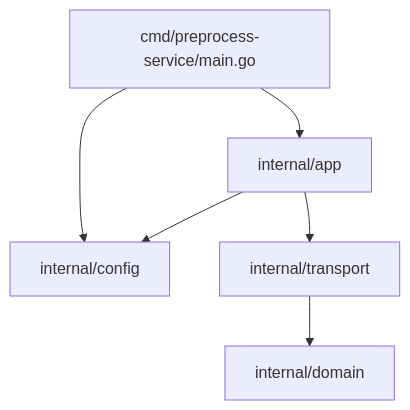
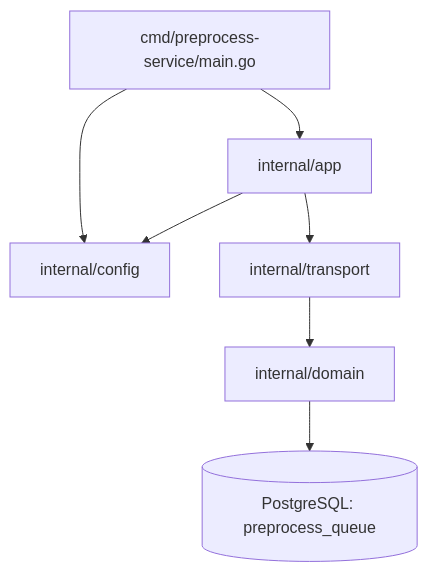
One commit to FedorovTeam/mono-repo changed the diagram in backend/preprocess-service/code.md. Above: the diagram before and after it, drawn with Mermaid. The commit also changed other lines of this file and 2 other files, not shown here.

Commit message:
Add preprocess queue migration and docs

````diff
--- a/backend/preprocess-service/code.md
+++ b/backend/preprocess-service/code.md
@@ -3,14 +3,16 @@
 ```mermaid
 flowchart TD
     main[cmd/preprocess-service/main.go]
     cfg[internal/config]
     app[internal/app]
     domain[internal/domain]
     transport[internal/transport]
+    db[(PostgreSQL: preprocess_queue)]
 
     main --> cfg
     main --> app
     app --> cfg
     app --> transport
     transport --> domain
+    domain --> db
 ```
````
